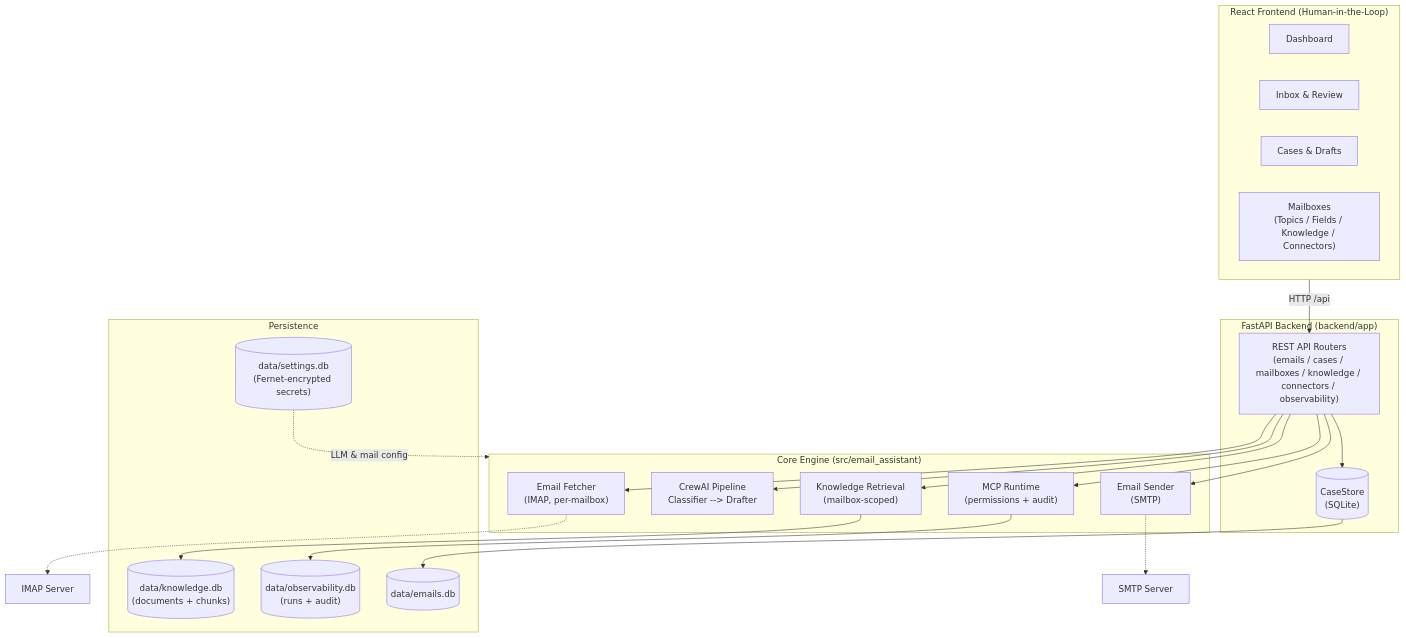
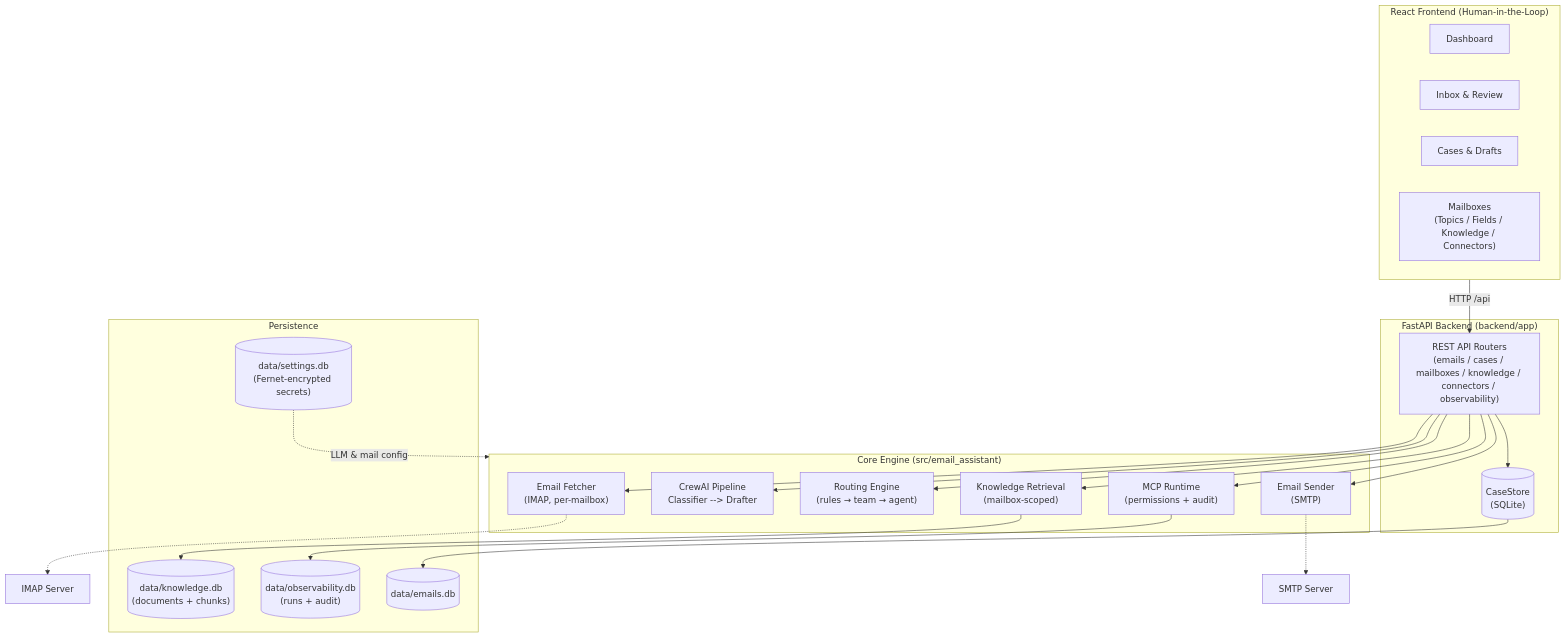
The diagram in README.md (PolyU-Computer-Science/Year4-COMP4913-Capstone-Project), drawn with Mermaid before and after one commit. The commit also changed other lines of this file, not shown here.

First line of the commit message:
README: add Sprint 9 operational routing (teams/agents/routing rules) plan

````diff
--- a/README.md
+++ b/README.md
@@ -171,43 +184,45 @@
 ```mermaid
 flowchart TB
     subgraph UI["React Frontend (Human-in-the-Loop)"]
         Dashboard["Dashboard"]
         Inbox["Inbox & Review"]
         Cases["Cases & Drafts"]
         Mailboxes["Mailboxes<br/>(Topics / Fields / Knowledge / Connectors)"]
     end
 
     subgraph API["FastAPI Backend (backend/app)"]
         Routers["REST API Routers<br/>(emails / cases / mailboxes / knowledge / connectors / observability)"]
         Store[("CaseStore<br/>(SQLite)")]
     end
 
     subgraph Core["Core Engine (src/email_assistant)"]
         Fetcher["Email Fetcher<br/>(IMAP, per-mailbox)"]
         Crew["CrewAI Pipeline<br/>Classifier --> Drafter"]
+        Routing["Routing Engine<br/>(rules → team → agent)"]
         RAG["Knowledge Retrieval<br/>(mailbox-scoped)"]
         MCP["MCP Runtime<br/>(permissions + audit)"]
         Sender["Email Sender<br/>(SMTP)"]
     end
 
     subgraph Data["Persistence"]
         EmailsDB[("data/emails.db")]
         SettingsDB[("data/settings.db<br/>(Fernet-encrypted secrets)")]
         KnowledgeDB[("data/knowledge.db<br/>(documents + chunks)")]
         ObsDB[("data/observability.db<br/>(runs + audit)")]
     end
 
     UI -->|HTTP /api| Routers
     Routers --> Fetcher
     Routers --> Crew
+    Routers --> Routing
     Routers --> RAG
     Routers --> MCP
     Routers --> Sender
     Routers --> Store
     Store --> EmailsDB
     SettingsDB -.->|LLM & mail config| Core
     RAG --> KnowledgeDB
     MCP --> ObsDB
     Fetcher -.-> IMAP["IMAP Server"]
     Sender -.-> SMTP["SMTP Server"]
 ```
````
